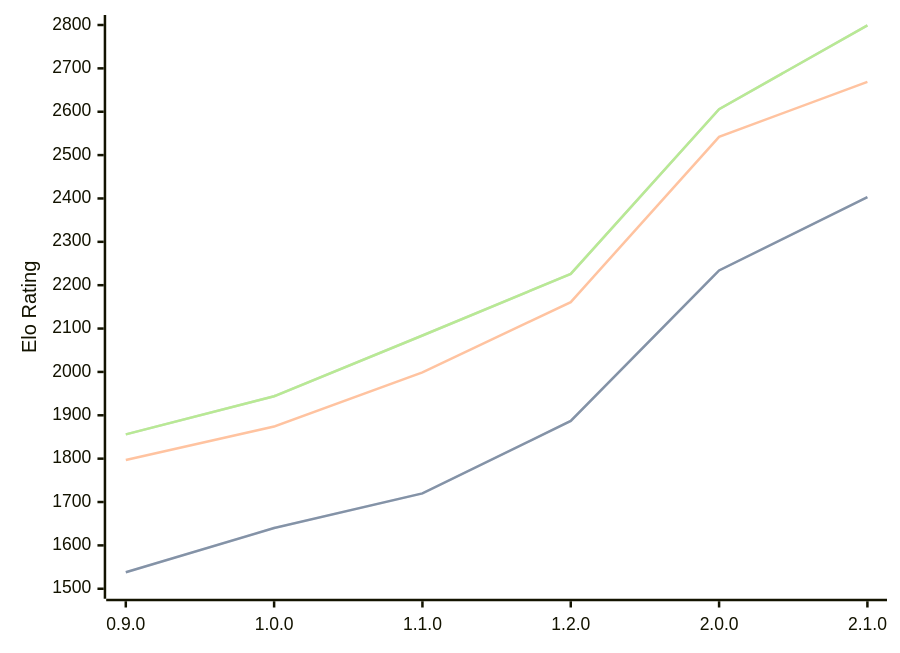
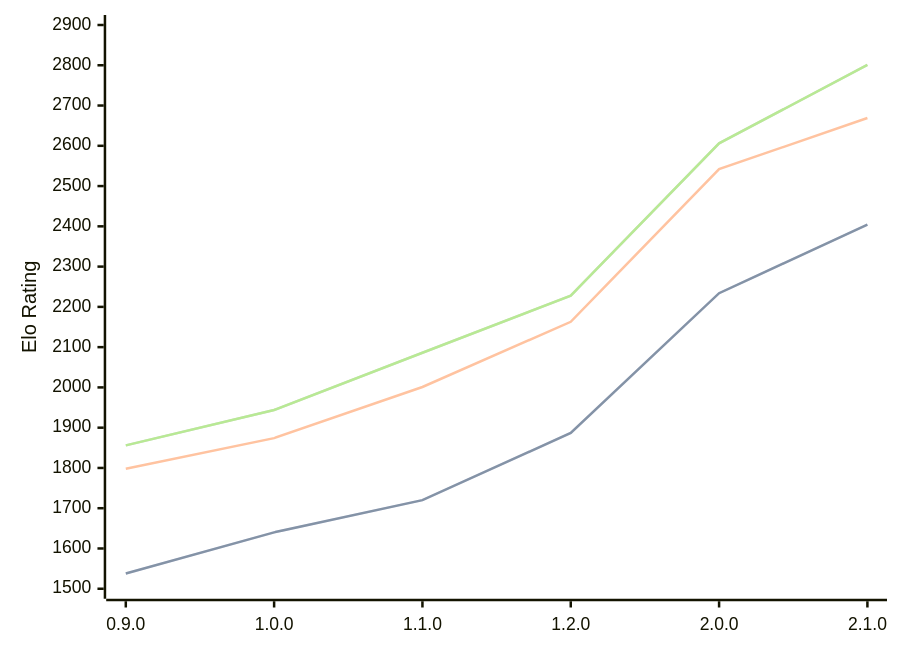
The first of 3 diagrams in engines/Ratsu.md (computer-chess-index/cci), drawn with Mermaid before and after one commit. The commit also changed other lines of this file, not shown here.

Commit message:
Update CCI Ratings (ELO VLTC) - 2026-07-14

````diff
--- a/engines/Ratsu.md
+++ b/engines/Ratsu.md
@@ -36,11 +36,11 @@
 ```mermaid
 %%{init: {"theme":"base","themeVariables":{"seriesColors:['#a3a3a3','#222221','#faa371']}}}%%
 xychart-beta
   x-axis ["0.9.0", "1.0.0", "1.1.0", "1.2.0", "2.0.0", "2.1.0"]
-  y-axis "Elo Rating" 1500 --> 2800
-  line "STC (8.0+0.08s)" [1538, 1640, 1720, 1887, 2234, 2403]
-  line "STC (8.0+0.08s)" [1538, 1640, 1720, 1887, 2234, 2403]
-  line "LTC (60.0+0.60s)" [1797, 1874, 1999, 2161, 2542, 2669]
-  line "VLTC (2m24s+1.12s)" [1856, 1944, 2084, 2226, 2606, 2799]
-  line "VLTC (2m24s+1.12s)" [1856, 1944, 2084, 2226, 2606, 2799]
+  y-axis "Elo Rating" 1500 --> 2900
+  line "STC (8.0+0.08s)" [1538, 1640, 1720, 1887, 2234, 2404]
+  line "STC (8.0+0.08s)" [1538, 1640, 1720, 1887, 2234, 2404]
+  line "LTC (60.0+0.60s)" [1798, 1874, 2001, 2163, 2542, 2669]
+  line "VLTC (2m24s+1.12s)" [1856, 1944, 2086, 2228, 2606, 2801]
+  line "VLTC (2m24s+1.12s)" [1856, 1944, 2086, 2228, 2606, 2801]
 ```
````
